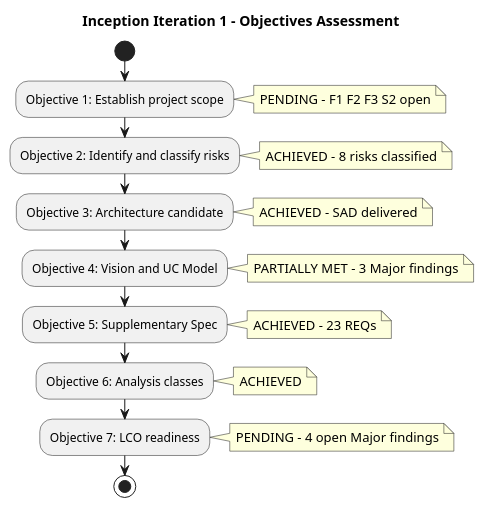
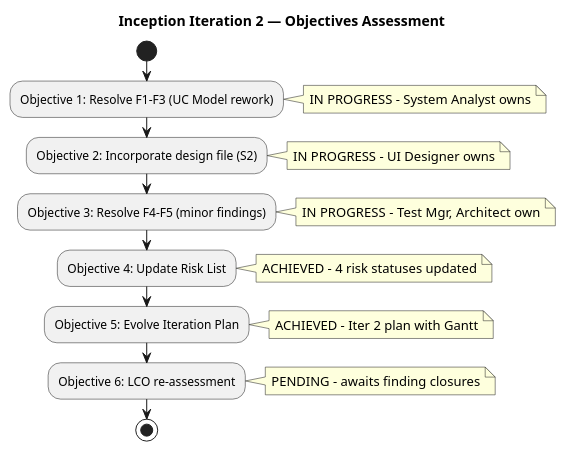
One commit to banense-test/demo-janke-lab changed the first of 4 diagrams in docs/artifacts/project-management/iteration-assessment.md. Above: the diagram before and after it, drawn with PlantUML. The commit also changed other lines of this file, not shown here.

Commit message:
Project Manager [I2]: upsert Iteration Assessment
[skip ci]

````diff
--- a/docs/artifacts/project-management/iteration-assessment.md
+++ b/docs/artifacts/project-management/iteration-assessment.md
@@ -18,22 +17,20 @@
 ```plantuml
 @startuml
-title Inception Iteration 1 - Objectives Assessment
+title Inception Iteration 2 — Objectives Assessment
 
 start
-:Objective 1: Establish project scope;
-note right: PENDING - F1 F2 F3 S2 open
-:Objective 2: Identify and classify risks;
-note right: ACHIEVED - 8 risks classified
-:Objective 3: Architecture candidate;
-note right: ACHIEVED - SAD delivered
-:Objective 4: Vision and UC Model;
-note right: PARTIALLY MET - 3 Major findings
-:Objective 5: Supplementary Spec;
-note right: ACHIEVED - 23 REQs
-:Objective 6: Analysis classes;
-note right: ACHIEVED
-:Objective 7: LCO readiness;
-note right: PENDING - 4 open Major findings
+:Objective 1: Resolve F1-F3 (UC Model rework);
+note right: IN PROGRESS - System Analyst owns
+:Objective 2: Incorporate design file (S2);
+note right: IN PROGRESS - UI Designer owns
+:Objective 3: Resolve F4-F5 (minor findings);
+note right: IN PROGRESS - Test Mgr, Architect own
+:Objective 4: Update Risk List;
+note right: ACHIEVED - 4 risk statuses updated
+:Objective 5: Evolve Iteration Plan;
+note right: ACHIEVED - Iter 2 plan with Gantt
+:Objective 6: LCO re-assessment;
+note right: PENDING - awaits finding closures
 stop
 @enduml
 ```
````
